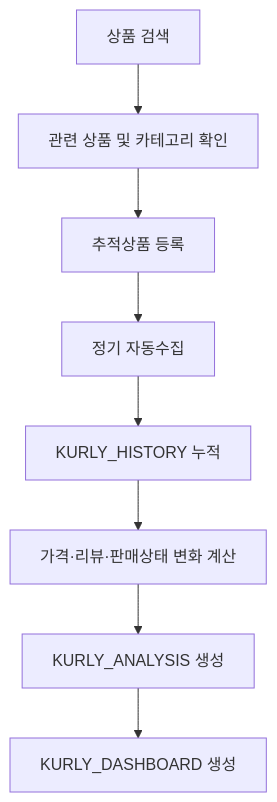
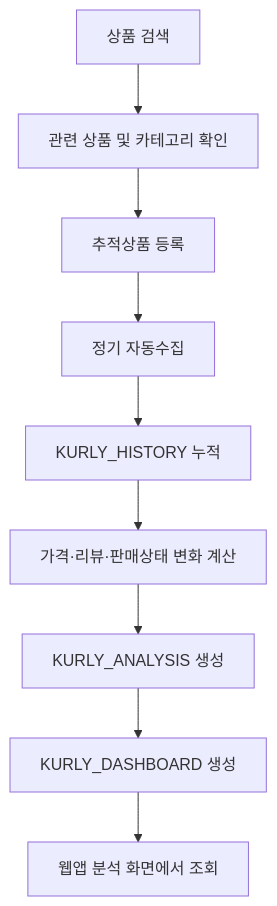
One commit to baseorigin/kurly-market-monitoring changed the diagram in README.md. Above: the diagram before and after it, drawn with Mermaid. The commit also changed other lines of this file, not shown here.

````diff
--- a/README.md
+++ b/README.md
@@ -15,10 +12,11 @@
 ```mermaid
 flowchart TD
     A[상품 검색] --> B[관련 상품 및 카테고리 확인]
     B --> C[추적상품 등록]
     C --> D[정기 자동수집]
     D --> E[KURLY_HISTORY 누적]
     E --> F[가격·리뷰·판매상태 변화 계산]
     F --> G[KURLY_ANALYSIS 생성]
     G --> H[KURLY_DASHBOARD 생성]
+    H --> I[웹앱 분석 화면에서 조회]
 ```
````
